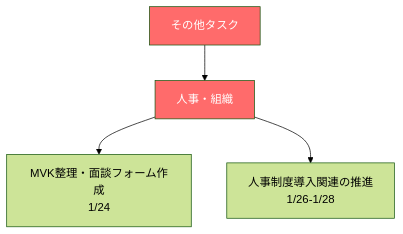
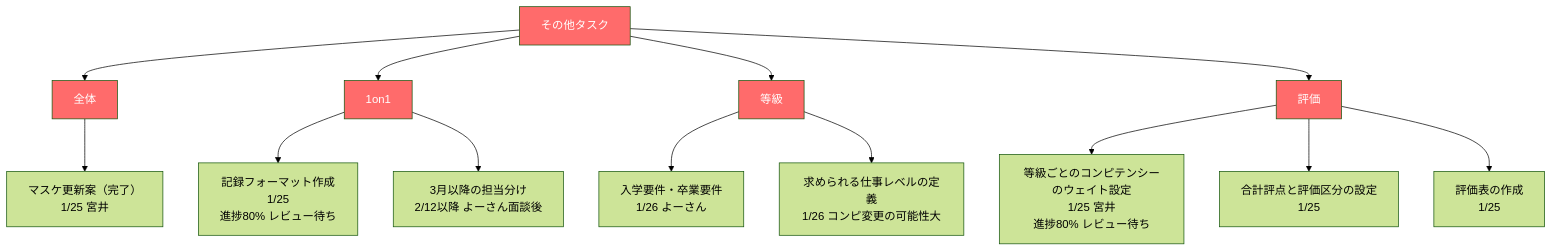
Before and after one commit to yutaro2413/task-management: the fourth of 5 diagrams in タスク整理・思考の整理.md, drawn with Mermaid (forest theme). The commit also changed other lines of this file, not shown here.

````diff
--- a/タスク整理・思考の整理.md
+++ b/タスク整理・思考の整理.md
@@ -185,10 +208,25 @@
 ```mermaid
 graph TD
-    A[その他タスク] --> B[人事・組織]
+    A[その他タスク] --> B[全体]
+    A --> C[1on1]
+    A --> D[等級]
+    A --> E[評価]
     
-    B --> B1[MVK整理・面談フォーム作成<br/>1/24]
-    B --> B2[人事制度導入関連の推進<br/>1/26-1/28]
+    B --> B1[マスケ更新案（完了）<br/>1/25 宮井]
+    
+    C --> C1[記録フォーマット作成<br/>1/25<br/>進捗80% レビュー待ち]
+    C --> C2[3月以降の担当分け<br/>2/12以降 よーさん面談後]
+    
+    D --> D1[入学要件・卒業要件<br/>1/26 よーさん]
+    D --> D2[求められる仕事レベルの定義<br/>1/26 コンピ変更の可能性大]
+    
+    E --> E1[等級ごとのコンピテンシーのウェイト設定<br/>1/25 宮井<br/>進捗80% レビュー待ち]
+    E --> E2[合計評点と評価区分の設定<br/>1/25]
+    E --> E3[評価表の作成<br/>1/25]
     
     style A fill:#ff6b6b,color:#fff
     style B fill:#ff6b6b,color:#fff
+    style C fill:#ff6b6b,color:#fff
+    style D fill:#ff6b6b,color:#fff
+    style E fill:#ff6b6b,color:#fff
 ```
````
